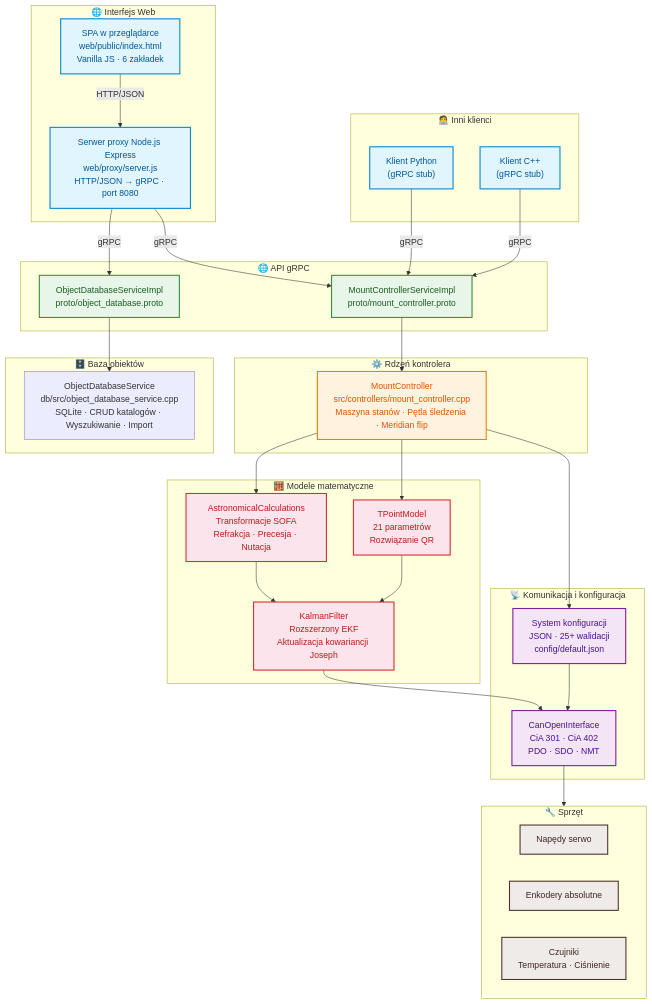
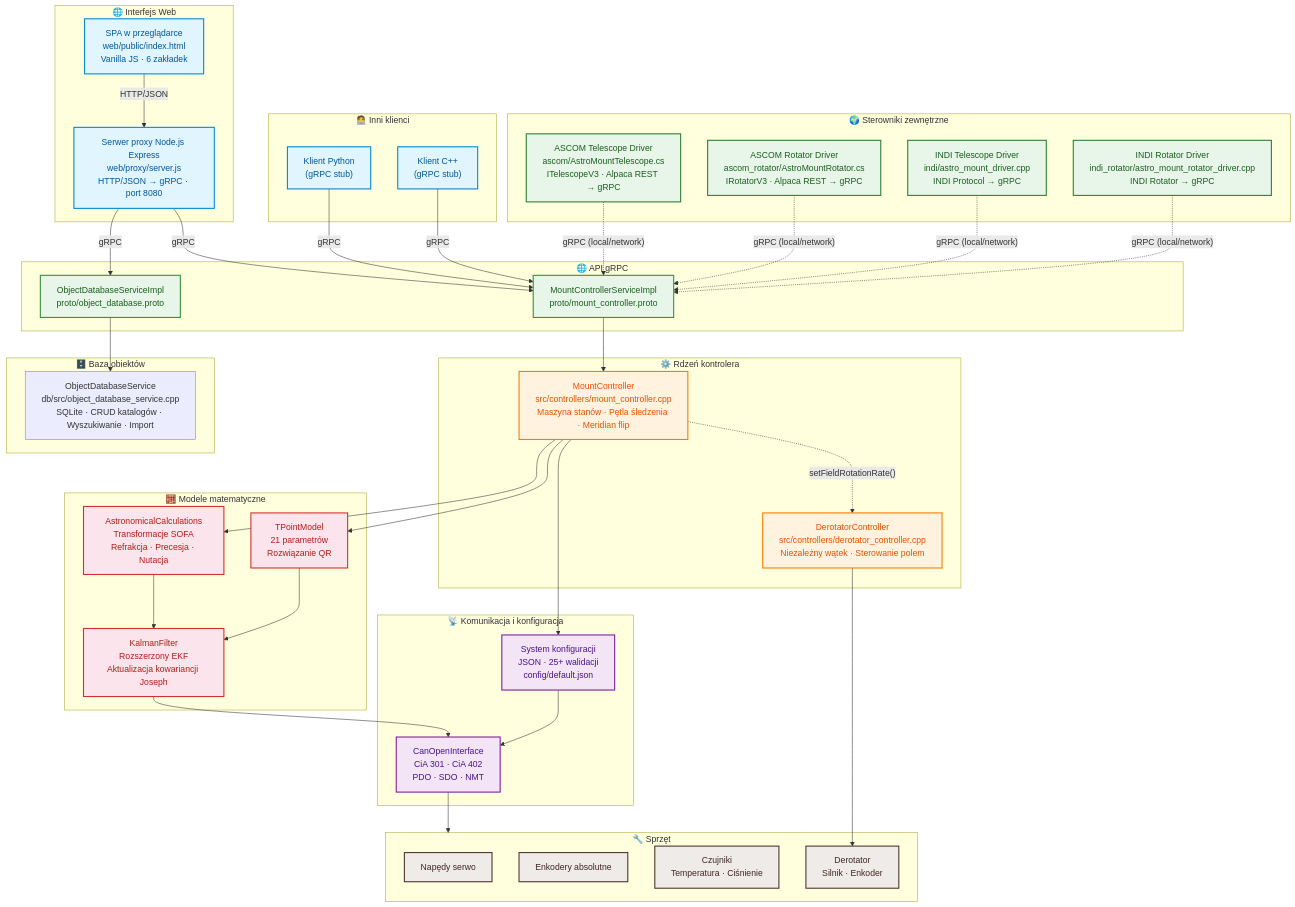
One commit to pielaszkiewicz-jacek/astro_mount_control changed the first of 2 diagrams in docs/pl/index.md. Above: the diagram before and after it, drawn with Mermaid. The commit also changed other lines of this file and 41 other files, not shown here.

Commit message:
Derotor separation. Change Home operation, ASCOM INDI drivers

````diff
--- a/docs/pl/index.md
+++ b/docs/pl/index.md
@@ -48,6 +50,7 @@
     classDef comm fill:#f3e5f5,stroke:#7b1fa2,stroke-width:2px,color:#4a148c
     classDef hw fill:#efebe9,stroke:#4e342e,stroke-width:2px,color:#3e2723
     classDef cfg fill:#e0f7fa,stroke:#00838f,stroke-width:2px,color:#004d40
+    classDef driver fill:#e8f5e9,stroke:#2e7d32,stroke-width:2px,color:#1b5e20
 
     subgraph WEBUI["🌐 Interfejs Web"]
         SPA["SPA w przeglądarce<br/>web/public/index.html<br/>Vanilla JS · 6 zakładek"]
@@ -66,6 +69,7 @@
 
     subgraph CORE["⚙️ Rdzeń kontrolera"]
         MC["MountController<br/>src/controllers/mount_controller.cpp<br/>Maszyna stanów · Pętla śledzenia · Meridian flip"]
+        DC["DerotatorController<br/>src/controllers/derotator_controller.cpp<br/>Niezależny wątek · Sterowanie polem"]
     end
 
     subgraph MODELS["🧮 Modele matematyczne"]
@@ -83,10 +87,18 @@
         DB_SERVICE["ObjectDatabaseService<br/>db/src/object_database_service.cpp<br/>SQLite · CRUD katalogów · Wyszukiwanie · Import"]
     end
 
+    subgraph EXTERNAL["🌍 Sterowniki zewnętrzne"]
+        ASCOM_TEL["ASCOM Telescope Driver<br/>ascom/AstroMountTelescope.cs<br/>ITelescopeV3 · Alpaca REST → gRPC"]:::driver
+        ASCOM_ROT["ASCOM Rotator Driver<br/>ascom_rotator/AstroMountRotator.cs<br/>IRotatorV3 · Alpaca REST → gRPC"]:::driver
+        INDI_TEL["INDI Telescope Driver<br/>indi/astro_mount_driver.cpp<br/>INDI Protocol → gRPC"]:::driver
+        INDI_ROT["INDI Rotator Driver<br/>indi_rotator/astro_mount_rotator_driver.cpp<br/>INDI Rotator → gRPC"]:::driver
+    end
+
     subgraph HW["🔧 Sprzęt"]
         HW1["Napędy serwo"]
         HW2["Enkodery absolutne"]
         HW3["Czujniki<br/>Temperatura · Ciśnienie"]
+        DEROT_HW["Derotator<br/>Silnik · Enkoder"]
     end
 
     SPA -->|"HTTP/JSON"| PROXY
@@ -99,17 +111,24 @@
     MC --> ASTRO
     MC --> TPOINT
     MC --> CONFIG
+    MC -.->|"setFieldRotationRate()"| DC
     ASTRO --> KF
     TPOINT --> KF
     KF --> CAN
     CONFIG --> CAN
     CAN --> HW
+    DC --> DEROT_HW
+
+    ASCOM_TEL -.->|"gRPC (local/network)"| GRPC
+    ASCOM_ROT -.->|"gRPC (local/network)"| GRPC
+    INDI_TEL -.->|"gRPC (local/network)"| GRPC
+    INDI_ROT -.->|"gRPC (local/network)"| GRPC
 
     class SPA,PROXY client
     class PY,CPP client
     class GRPC,DB_GRPC api
-    class MC core
+    class MC,DC core
     class ASTRO,TPOINT,KF model
     class CAN,CONFIG comm
-    class HW1,HW2,HW3 hw
+    class HW1,HW2,HW3,DEROT_HW hw
 ```
````
